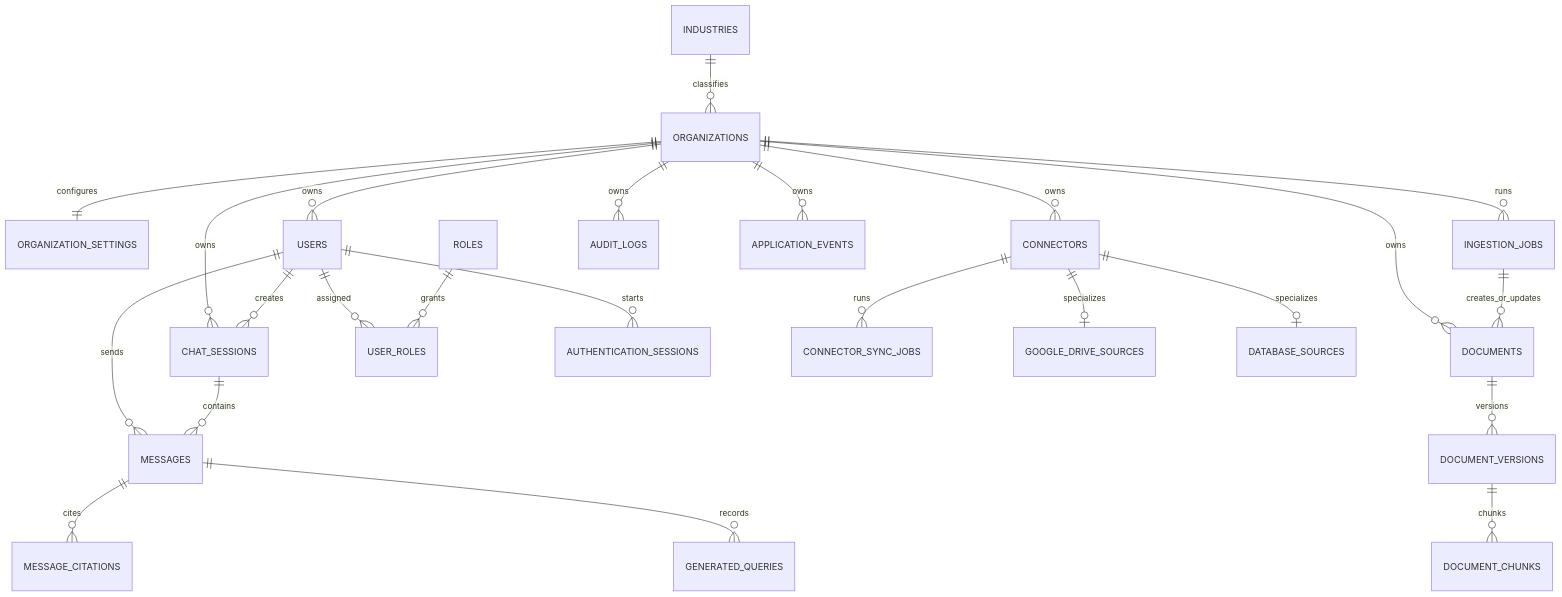
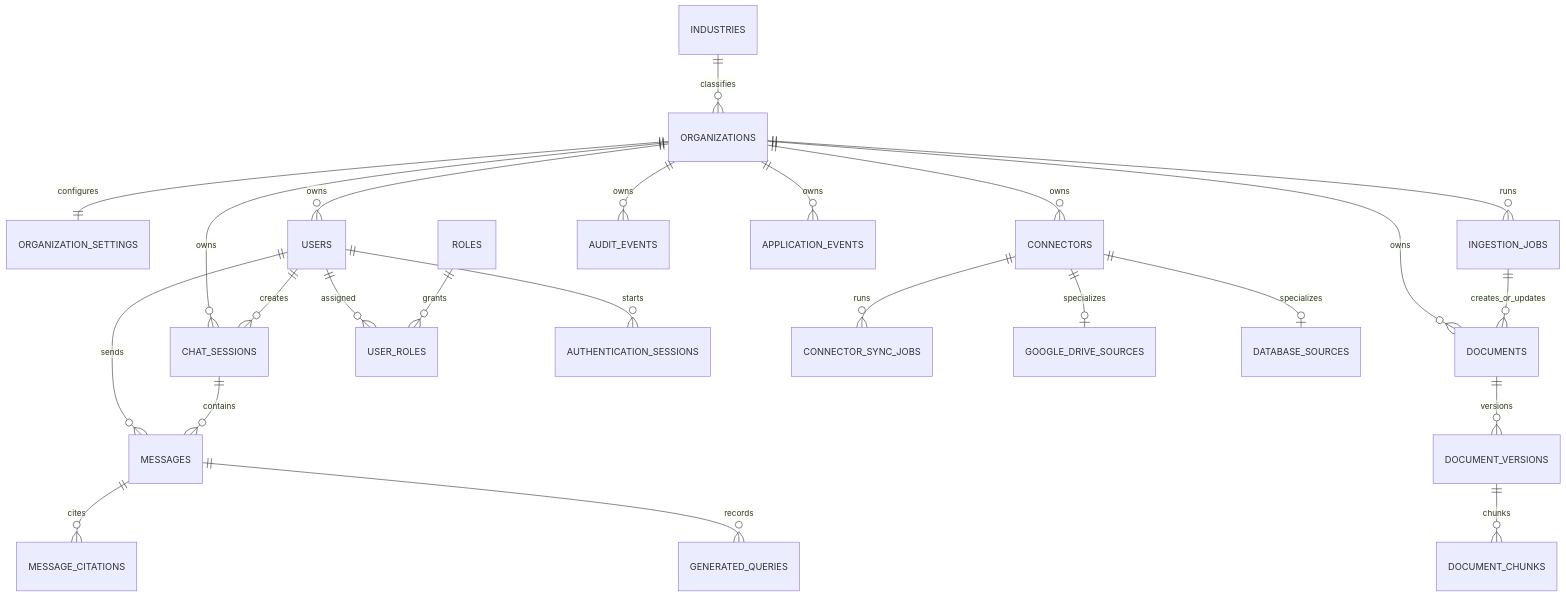
The first of 2 diagrams in docs/DATABASE.md (nagampragada/enterprise-ai-platform), drawn with Mermaid before and after one commit. The commit also changed other lines of this file and 3 other files, not shown here.

````diff
--- a/docs/DATABASE.md
+++ b/docs/DATABASE.md
@@ -66,30 +66,30 @@
 ```mermaid
 erDiagram
     INDUSTRIES ||--o{ ORGANIZATIONS : classifies
     ORGANIZATIONS ||--|| ORGANIZATION_SETTINGS : configures
     ORGANIZATIONS ||--o{ USERS : owns
     ORGANIZATIONS ||--o{ CONNECTORS : owns
     ORGANIZATIONS ||--o{ DOCUMENTS : owns
     ORGANIZATIONS ||--o{ INGESTION_JOBS : runs
     ORGANIZATIONS ||--o{ CHAT_SESSIONS : owns
-    ORGANIZATIONS ||--o{ AUDIT_LOGS : owns
+    ORGANIZATIONS ||--o{ AUDIT_EVENTS : owns
     ORGANIZATIONS ||--o{ APPLICATION_EVENTS : owns
 
     USERS ||--o{ USER_ROLES : assigned
     ROLES ||--o{ USER_ROLES : grants
     USERS ||--o{ AUTHENTICATION_SESSIONS : starts
     USERS ||--o{ CHAT_SESSIONS : creates
     USERS ||--o{ MESSAGES : sends
 
     CONNECTORS ||--o{ CONNECTOR_SYNC_JOBS : runs
     CONNECTORS ||--o| GOOGLE_DRIVE_SOURCES : specializes
     CONNECTORS ||--o| DATABASE_SOURCES : specializes
 
     DOCUMENTS ||--o{ DOCUMENT_VERSIONS : versions
     DOCUMENT_VERSIONS ||--o{ DOCUMENT_CHUNKS : chunks
     INGESTION_JOBS ||--o{ DOCUMENTS : creates_or_updates
 
     CHAT_SESSIONS ||--o{ MESSAGES : contains
     MESSAGES ||--o{ MESSAGE_CITATIONS : cites
     MESSAGES ||--o{ GENERATED_QUERIES : records
 ```
````
